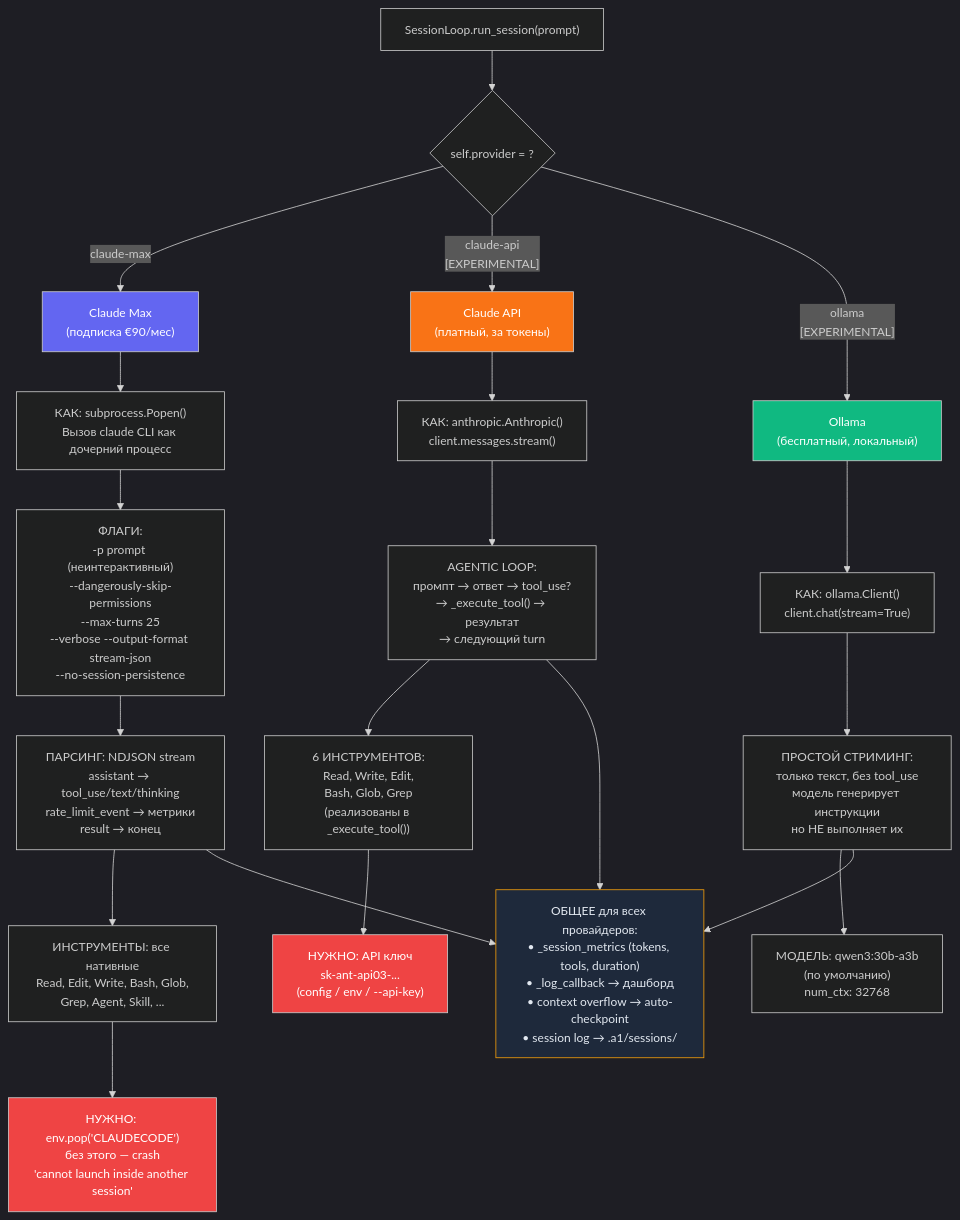
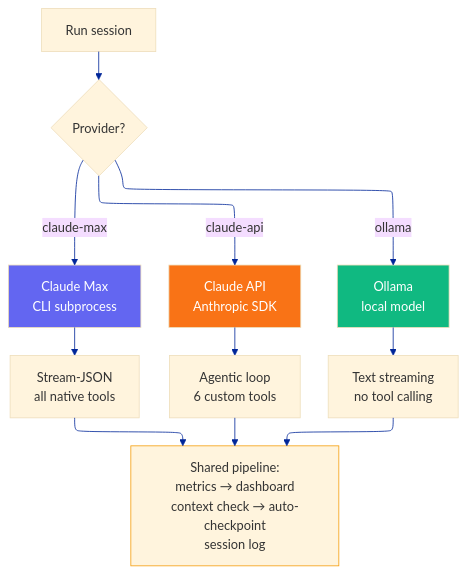
One commit to Chashchin-Dmitry/pocketcoder-a1 changed the diagram in articles/01_pocketcoder/diagrams/06_providers.mmd. Above: the diagram before and after it, drawn with Mermaid. The commit also changed 13 other files, not shown here.

First line of the commit message:
docs: rewrite 6 mermaid diagrams (EN, base theme, elk layout) + add PNG exports

```diff
--- a/articles/01_pocketcoder/diagrams/06_providers.mmd
+++ b/articles/01_pocketcoder/diagrams/06_providers.mmd
@@ -1,37 +1,26 @@
-%%{ init: { 'theme': 'dark', 'themeVariables': { 'fontSize': '15px' } } }%%
+---
+config:
+  theme: base
+  themeVariables:
+    background: '#FFD966'
+  layout: elk
+---
 flowchart TD
-    Loop["SessionLoop.run_session(prompt)"] --> Check{"self.provider = ?"}
+    Loop["Run session"] --> Check{"Provider?"}
 
-    %% === CLAUDE MAX ===
-    Check -->|"claude-max"| CM["Claude Max\n(подписка €90/мес)"]
-    CM --> CMHow["КАК: subprocess.Popen()\nВызов claude CLI как дочерний процесс"]
-    CMHow --> CMFlags["ФЛАГИ:\n-p prompt (неинтерактивный)\n--dangerously-skip-permissions\n--max-turns 25\n--verbose --output-format stream-json\n--no-session-persistence"]
-    CMFlags --> CMParse["ПАРСИНГ: NDJSON stream\nassistant → tool_use/text/thinking\nrate_limit_event → метрики\nresult → конец"]
-    CMParse --> CMTools["ИНСТРУМЕНТЫ: все нативные\nRead, Edit, Write, Bash, Glob,\nGrep, Agent, Skill, ..."]
-    CMTools --> CMKey["НУЖНО: env.pop('CLAUDECODE')\nбез этого — crash\n'cannot launch inside another session'"]
+    Check -->|claude-max| CM["Claude Max<br/>CLI subprocess"]
+    Check -->|claude-api| CA["Claude API<br/>Anthropic SDK"]
+    Check -->|ollama| OL["Ollama<br/>local model"]
 
-    %% === CLAUDE API ===
-    Check -->|"claude-api\n[EXPERIMENTAL]"| CA["Claude API\n(платный, за токены)"]
-    CA --> CAHow["КАК: anthropic.Anthropic()\nclient.messages.stream()"]
-    CAHow --> CALoop["AGENTIC LOOP:\nпромпт → ответ → tool_use?\n→ _execute_tool() → результат\n→ следующий turn"]
-    CALoop --> CATools["6 ИНСТРУМЕНТОВ:\nRead, Write, Edit,\nBash, Glob, Grep\n(реализованы в _execute_tool())"]
-    CATools --> CAKey["НУЖНО: API ключ\nsk-ant-api03-...\n(config / env / --api-key)"]
+    CM --> CMHow["Stream-JSON<br/>all native tools"]
+    CA --> CAHow["Agentic loop<br/>6 custom tools"]
+    OL --> OLHow["Text streaming<br/>no tool calling"]
 
-    %% === OLLAMA ===
-    Check -->|"ollama\n[EXPERIMENTAL]"| OL["Ollama\n(бесплатный, локальный)"]
-    OL --> OLHow["КАК: ollama.Client()\nclient.chat(stream=True)"]
-    OLHow --> OLStream["ПРОСТОЙ СТРИМИНГ:\nтолько текст, без tool_use\nмодель генерирует инструкции\nно НЕ выполняет их"]
-    OLStream --> OLModel["МОДЕЛЬ: qwen3:30b-a3b\n(по умолчанию)\nnum_ctx: 32768"]
+    CMHow --> Common["Shared pipeline:<br/>metrics → dashboard<br/>context check → auto-checkpoint<br/>session log"]
+    CAHow --> Common
+    OLHow --> Common
 
-    %% === COMMON ===
-    CMParse --> Common["ОБЩЕЕ для всех провайдеров:\n• _session_metrics (tokens, tools, duration)\n• _log_callback → дашборд\n• context overflow → auto-checkpoint\n• session log → .a1/sessions/"]
-    CALoop --> Common
-    OLStream --> Common
-
-    %% === STYLES ===
     style CM fill:#6366f1,color:#fff
     style CA fill:#f97316,color:#fff
     style OL fill:#10b981,color:#fff
-    style CMKey fill:#ef4444,color:#fff
-    style CAKey fill:#ef4444,color:#fff
-    style Common fill:#1e293b,color:#e2e8f0,stroke:#f59e0b
+    style Common stroke:#f59e0b
```
